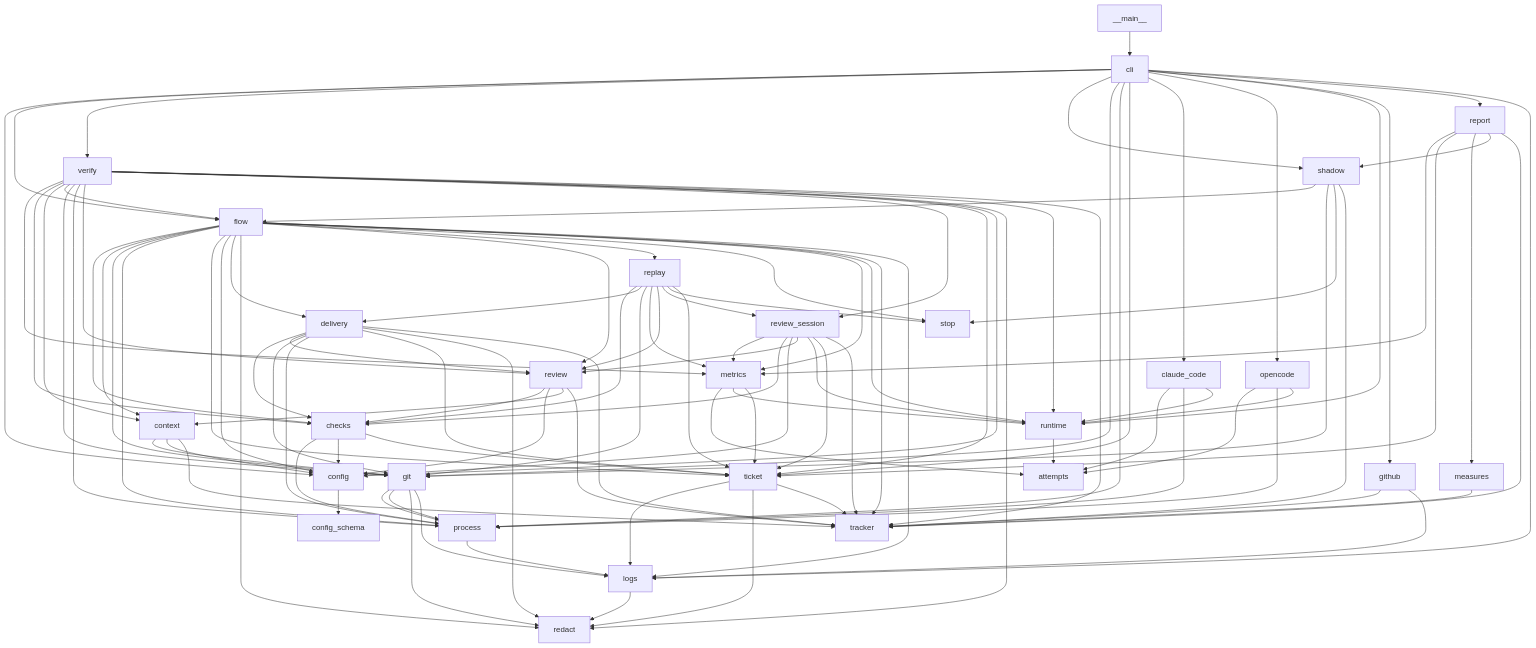
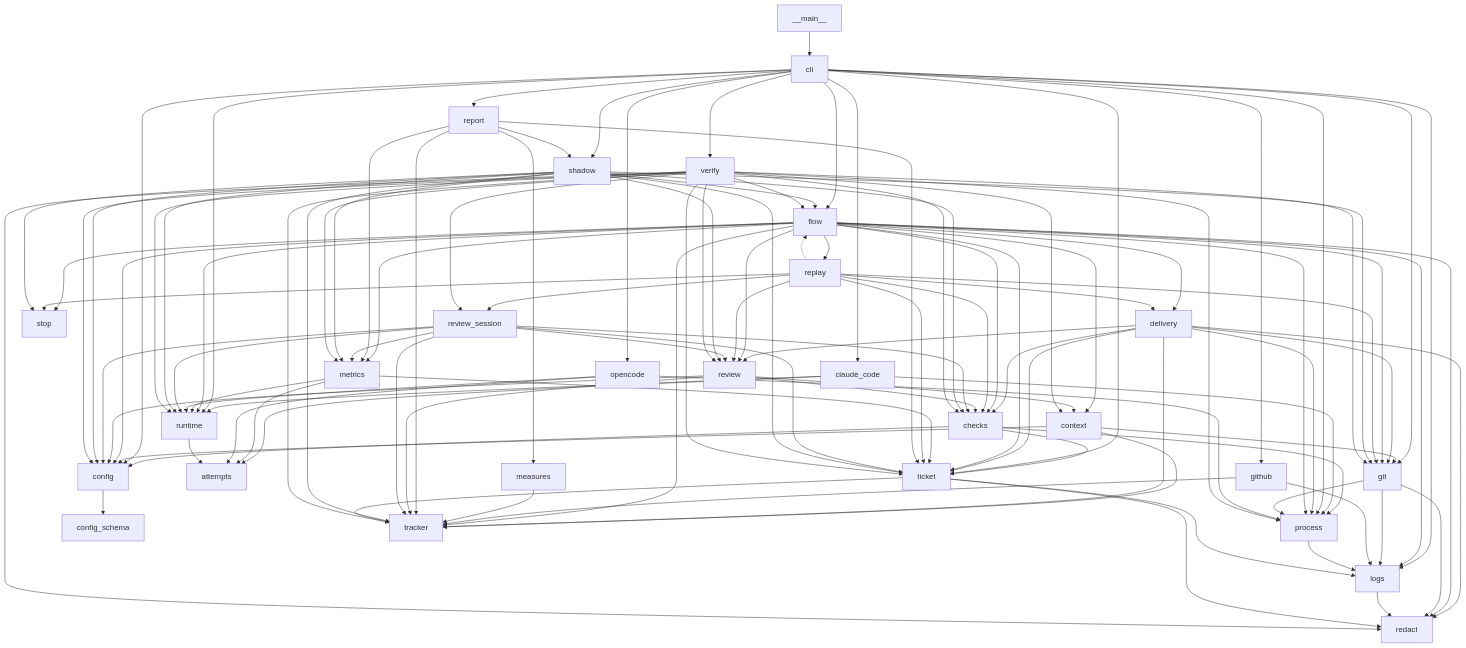
Before and after one commit to plaplanche/ariane: the first of 3 diagrams in docs/architecture/3-components.md, drawn with Mermaid. The commit also changed other lines of this file and 33 other files, not shown here.

Commit message:
#120: Generate the module dependency graphs of the architecture docs from the code (C25)

````diff
--- a/docs/architecture/3-components.md
+++ b/docs/architecture/3-components.md
@@ -8,109 +10,114 @@
 ```mermaid
 flowchart TD
   __main__ --> cli
+  checks --> config
   checks --> process
-  checks --> config
   checks --> ticket
   claude_code --> attempts
   claude_code --> process
   claude_code --> runtime
+  cli --> claude_code
+  cli --> config
+  cli --> flow
+  cli --> git
+  cli --> github
+  cli --> logs
+  cli --> opencode
+  cli --> process
+  cli --> report
+  cli --> runtime
+  cli --> shadow
+  cli --> ticket
+  cli --> verify
+  config --> config_schema
+  context --> config
+  context --> git
+  context --> tracker
+  delivery --> checks
+  delivery --> git
+  delivery --> process
+  delivery --> redact
+  delivery --> review
+  delivery --> ticket
+  delivery --> tracker
+  flow --> checks
+  flow --> config
+  flow --> context
+  flow --> delivery
+  flow --> git
+  flow --> logs
+  flow --> metrics
+  flow --> process
+  flow --> redact
+  flow --> replay
+  flow --> review
+  flow --> runtime
+  flow --> stop
+  flow --> ticket
+  flow --> tracker
+  git --> logs
+  git --> process
+  git --> redact
+  github --> logs
+  github --> tracker
+  logs --> redact
+  measures --> tracker
+  metrics --> attempts
+  metrics --> runtime
+  metrics --> ticket
   opencode --> attempts
   opencode --> process
   opencode --> runtime
-  cli --> config
-  config --> config_schema
-  cli --> flow
-  cli --> verify
-  cli --> shadow
-  cli --> git
-  cli --> process
-  cli --> ticket
-  cli --> claude_code
-  cli --> opencode
-  cli --> runtime
-  cli --> github
-  context --> git
-  context --> config
-  context --> tracker
-  delivery --> checks
-  delivery --> review
-  delivery --> git
-  delivery --> process
-  delivery --> ticket
-  delivery --> redact
-  delivery --> tracker
-  flow --> checks
-  flow --> context
-  flow --> git
-  flow --> process
-  flow --> ticket
-  flow --> config
-  flow --> delivery
-  flow --> redact
-  flow --> review
-  flow --> replay
-  flow --> stop
-  flow --> metrics
-  metrics --> attempts
-  metrics --> runtime
-  runtime --> attempts
-  shadow --> flow
-  shadow --> git
-  shadow --> stop
-  shadow --> tracker
-  metrics --> ticket
+  process --> logs
   replay --> checks
   replay --> delivery
+  replay -.-> flow
   replay --> git
-  replay --> metrics
   replay --> review
   replay --> review_session
   replay --> stop
   replay --> ticket
-  review_session --> metrics
-  verify --> metrics
-  cli --> report
+  report --> measures
   report --> metrics
+  report --> shadow
   report --> ticket
-  report --> measures
-  report --> shadow
   report --> tracker
-  measures --> tracker
-  flow --> runtime
-  flow --> tracker
-  git --> process
+  review --> checks
+  review --> config
+  review --> context
+  review --> tracker
   review_session --> checks
   review_session --> config
+  review_session --> metrics
   review_session --> review
   review_session --> runtime
   review_session --> ticket
   review_session --> tracker
-  review --> checks
-  review --> config
-  review --> context
-  review --> tracker
-  git --> process
-  git --> redact
-  github --> tracker
-  logs --> redact
-  cli --> logs
-  flow --> logs
-  git --> logs
-  github --> logs
-  process --> logs
+  runtime --> attempts
+  shadow --> checks
+  shadow --> config
+  shadow --> flow
+  shadow --> git
+  shadow --> metrics
+  shadow --> review
+  shadow --> runtime
+  shadow --> stop
+  shadow --> ticket
+  shadow --> tracker
   ticket --> logs
   ticket --> redact
   ticket --> tracker
   verify --> checks
+  verify --> config
   verify --> context
   verify --> flow
   verify --> git
+  verify --> metrics
   verify --> process
+  verify --> redact
   verify --> review
   verify --> review_session
+  verify --> runtime
   verify --> ticket
-  verify --> config
-  verify --> redact
-  verify --> runtime
   verify --> tracker
 ```
````
